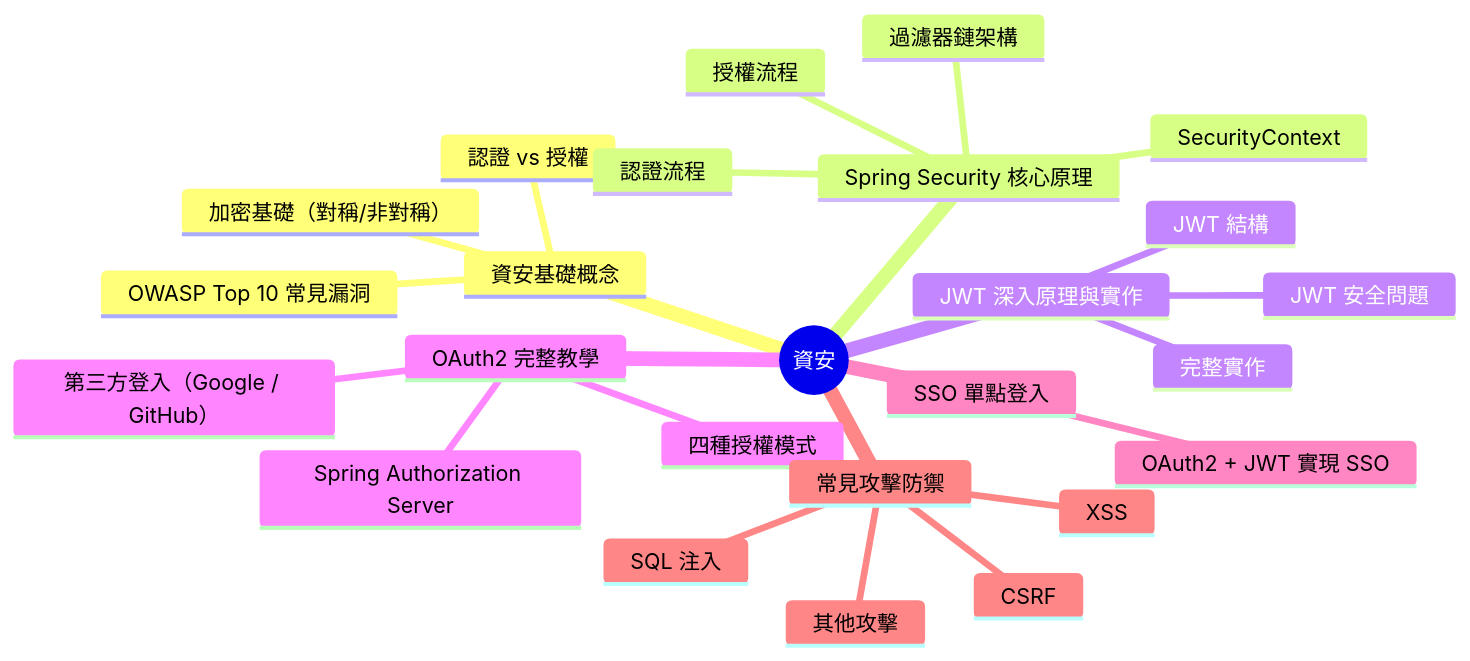
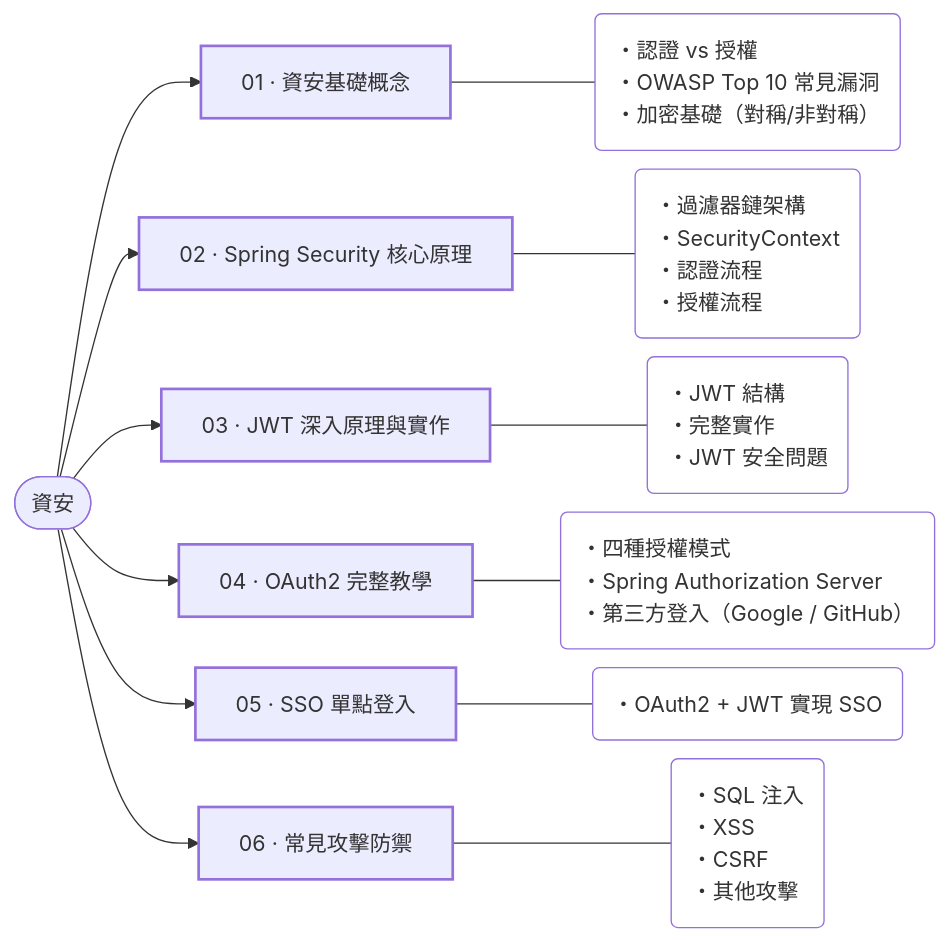
Before and after one commit to AnthonyFuFu/StudyNotes: the diagram in docs/network-security/security/index.md, drawn with Mermaid. The commit also changed 43 other files, not shown here.

````diff
--- a/docs/network-security/security/index.md
+++ b/docs/network-security/security/index.md
@@ -13,28 +13,33 @@
 ``` mermaid
-mindmap
-  root((資安))
-    資安基礎概念
-      認證 vs 授權
-      OWASP Top 10 常見漏洞
-      加密基礎（對稱/非對稱）
-    Spring Security 核心原理
-      過濾器鏈架構
-      SecurityContext
-      認證流程
-      授權流程
-    JWT 深入原理與實作
-      JWT 結構
-      完整實作
-      JWT 安全問題
-    OAuth2 完整教學
-      四種授權模式
-      Spring Authorization Server
-      第三方登入（Google / GitHub）
-    SSO 單點登入
-      OAuth2 + JWT 實現 SSO
-    常見攻擊防禦
-      SQL 注入
-      XSS
-      CSRF
-      其他攻擊
+%%{init: {"flowchart": {"nodeSpacing": 14, "rankSpacing": 36, "wrappingWidth": 420}}}%%
+flowchart LR
+    R(["資安"])
+    c0["01 · 資安基礎概念"]
+    R --> c0
+    p0("・認證 vs 授權<br>・OWASP Top 10 常見漏洞<br>・加密基礎（對稱/非對稱）")
+    c0 --- p0
+    c1["02 · Spring Security 核心原理"]
+    R --> c1
+    p1("・過濾器鏈架構<br>・SecurityContext<br>・認證流程<br>・授權流程")
+    c1 --- p1
+    c2["03 · JWT 深入原理與實作"]
+    R --> c2
+    p2("・JWT 結構<br>・完整實作<br>・JWT 安全問題")
+    c2 --- p2
+    c3["04 · OAuth2 完整教學"]
+    R --> c3
+    p3("・四種授權模式<br>・Spring Authorization Server<br>・第三方登入（Google / GitHub）")
+    c3 --- p3
+    c4["05 · SSO 單點登入"]
+    R --> c4
+    p4("・OAuth2 + JWT 實現 SSO")
+    c4 --- p4
+    c5["06 · 常見攻擊防禦"]
+    R --> c5
+    p5("・SQL 注入<br>・XSS<br>・CSRF<br>・其他攻擊")
+    c5 --- p5
+    classDef chapter stroke-width:2px
+    classDef points fill:transparent,text-align:left
+    class c0,c1,c2,c3,c4,c5 chapter
+    class p0,p1,p2,p3,p4,p5 points
 ```
````
